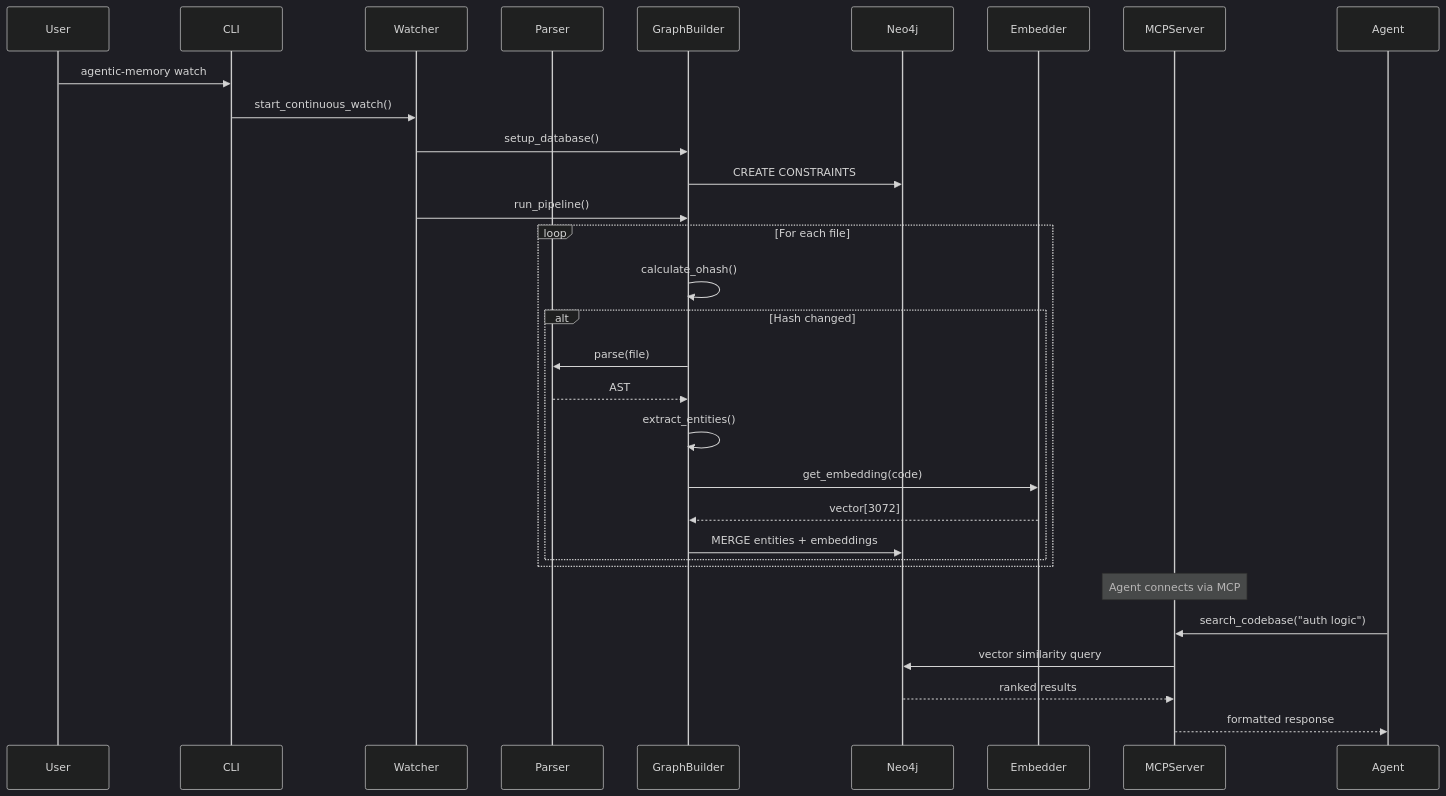
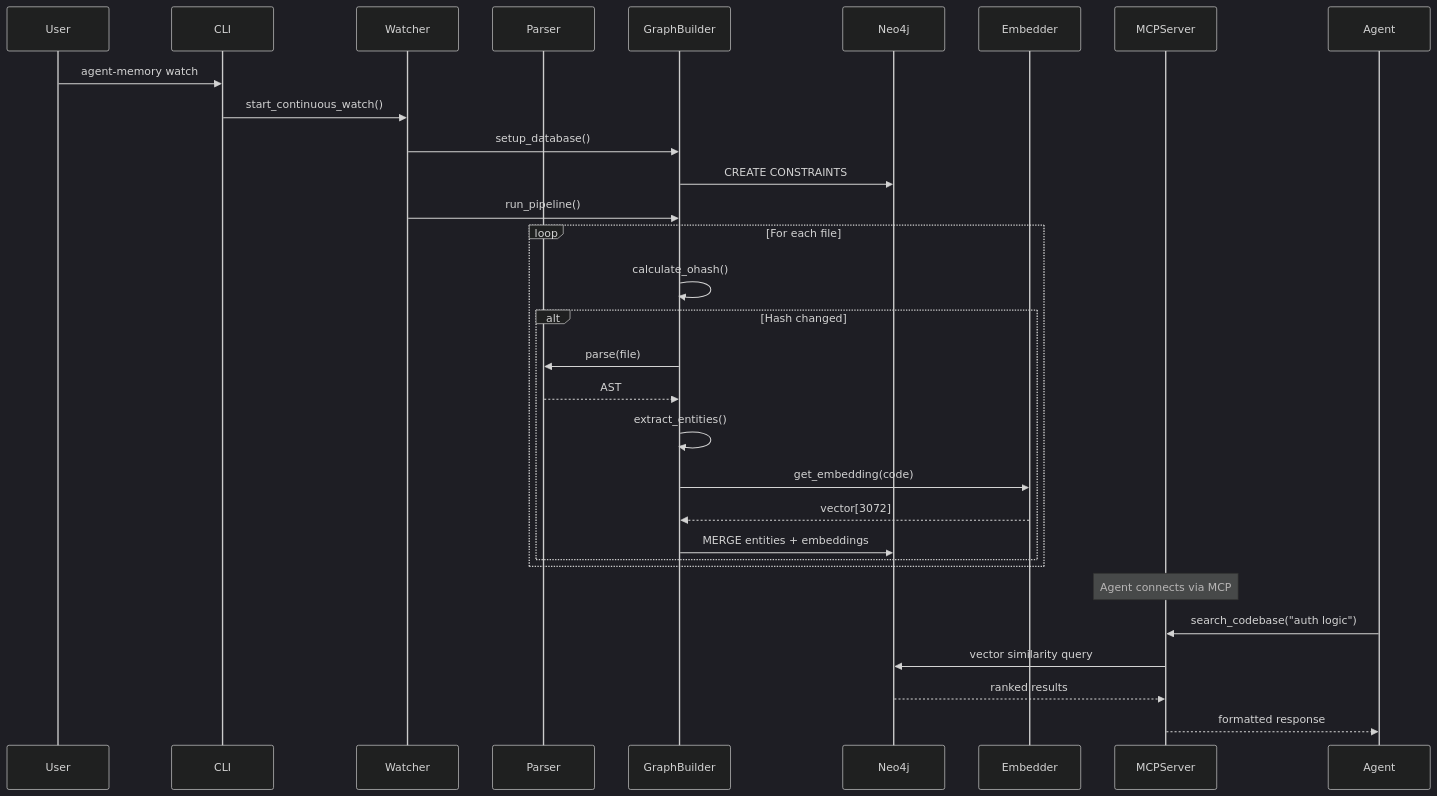
Before and after one commit to jarmen423/agentic-memory: the second of 2 diagrams in docs/ARCHITECTURE.md, drawn with Mermaid (dark theme). The commit also changed other lines of this file and 28 other files, not shown here.

First line of the commit message:
feat(cli): rename CLI to agent-memory and update packaging

````diff
--- a/docs/ARCHITECTURE.md
+++ b/docs/ARCHITECTURE.md
@@ -1052,37 +1052,37 @@
 ```mermaid
 sequenceDiagram
     participant User
     participant CLI
     participant Watcher
     participant Parser
     participant GraphBuilder
     participant Neo4j
     participant Embedder
     participant MCPServer
     participant Agent
 
-    User->>CLI: agentic-memory watch
+    User->>CLI: agent-memory watch
     CLI->>Watcher: start_continuous_watch()
     Watcher->>GraphBuilder: setup_database()
     GraphBuilder->>Neo4j: CREATE CONSTRAINTS
     Watcher->>GraphBuilder: run_pipeline()
 
     loop For each file
         GraphBuilder->>GraphBuilder: calculate_ohash()
         alt Hash changed
             GraphBuilder->>Parser: parse(file)
             Parser-->>GraphBuilder: AST
             GraphBuilder->>GraphBuilder: extract_entities()
             GraphBuilder->>Embedder: get_embedding(code)
             Embedder-->>GraphBuilder: vector[3072]
             GraphBuilder->>Neo4j: MERGE entities + embeddings
         end
     end
 
     Note over MCPServer: Agent connects via MCP
 
     Agent->>MCPServer: search_codebase("auth logic")
     MCPServer->>Neo4j: vector similarity query
     Neo4j-->>MCPServer: ranked results
     MCPServer-->>Agent: formatted response
 ```
````
